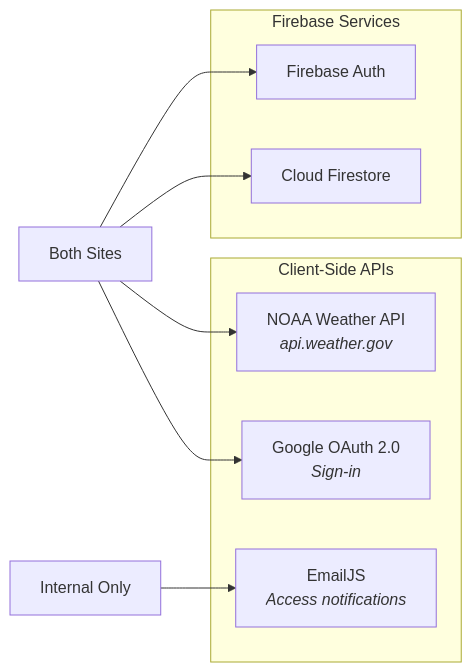
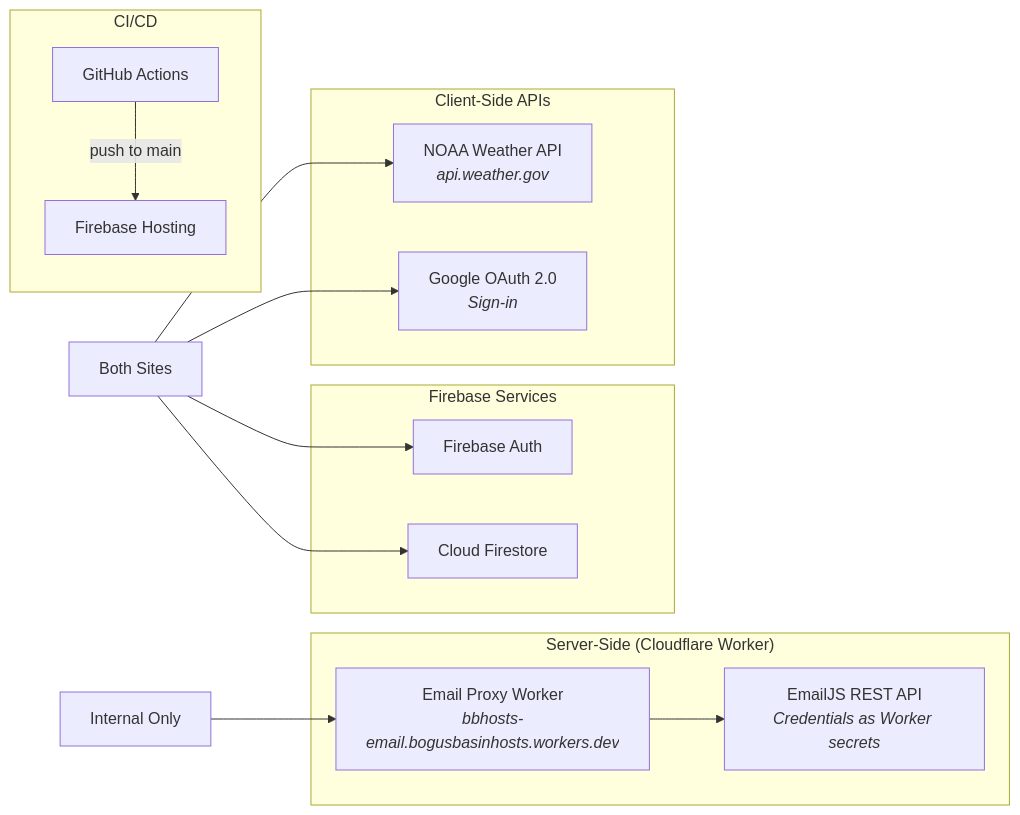
One commit to MountainsToGo/bbhosts changed the eighth of 8 diagrams in ARCHITECTURE.md. Above: the diagram before and after it, drawn with Mermaid. The commit also changed other lines of this file and 2 other files, not shown here.

First line of the commit message:
Security cleanup: harden .gitignore, remove debug logs, update ARCHITECTURE.md

````diff
--- a/ARCHITECTURE.md
+++ b/ARCHITECTURE.md
@@ -302,19 +323,30 @@
 ```mermaid
 graph LR
     subgraph "Client-Side APIs"
         WEATHER["NOAA Weather API<br/><i>api.weather.gov</i>"]
         GOOGLE["Google OAuth 2.0<br/><i>Sign-in</i>"]
-        EMAILJS["EmailJS<br/><i>Access notifications</i>"]
+    end
+
+    subgraph "Server-Side (Cloudflare Worker)"
+        WORKER["Email Proxy Worker<br/><i>bbhosts-email.bogusbasinhosts.workers.dev</i>"]
+        EMAILJS["EmailJS REST API<br/><i>Credentials as Worker secrets</i>"]
     end
 
     subgraph "Firebase Services"
         FAUTH["Firebase Auth"]
         FDB["Cloud Firestore"]
     end
 
+    subgraph "CI/CD"
+        GHA["GitHub Actions"]
+        FH["Firebase Hosting"]
+    end
+
     APP["Both Sites"] --> WEATHER
     APP --> GOOGLE
     APP --> FAUTH
     APP --> FDB
-    INT_ONLY["Internal Only"] --> EMAILJS
+    INT_ONLY["Internal Only"] --> WORKER
+    WORKER --> EMAILJS
+    GHA -->|push to main| FH
 ```
````
